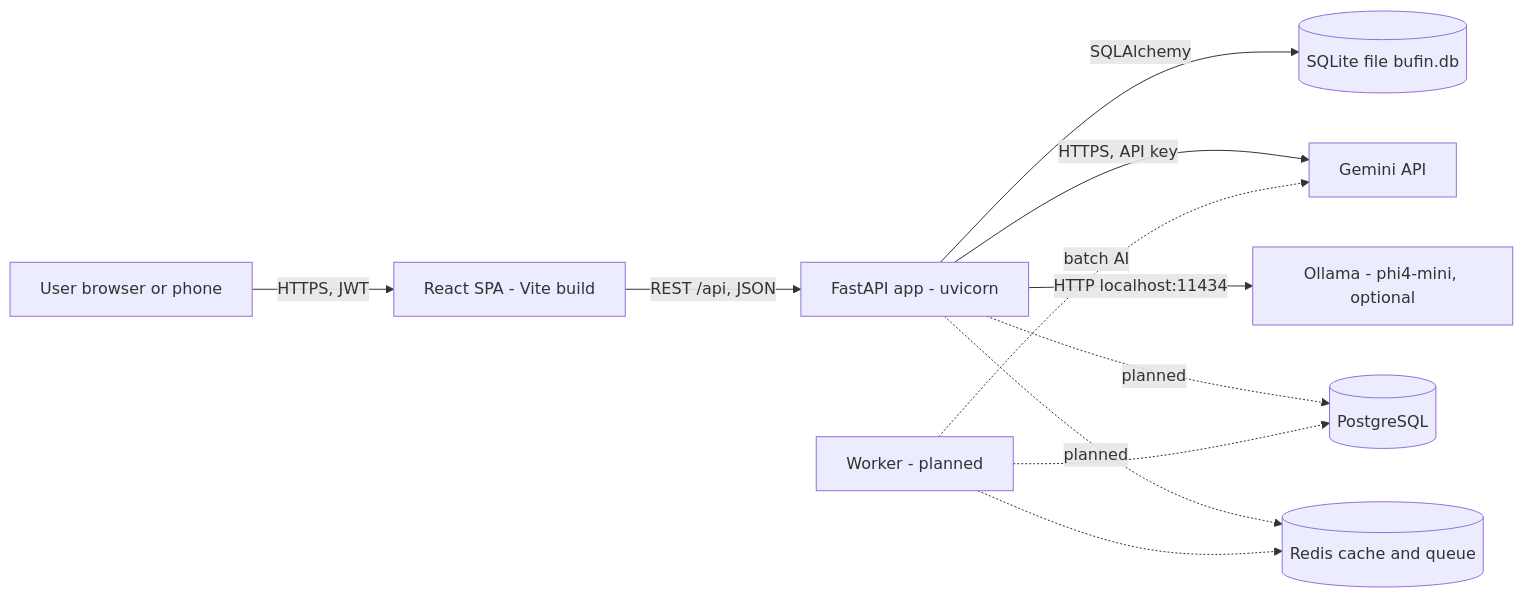
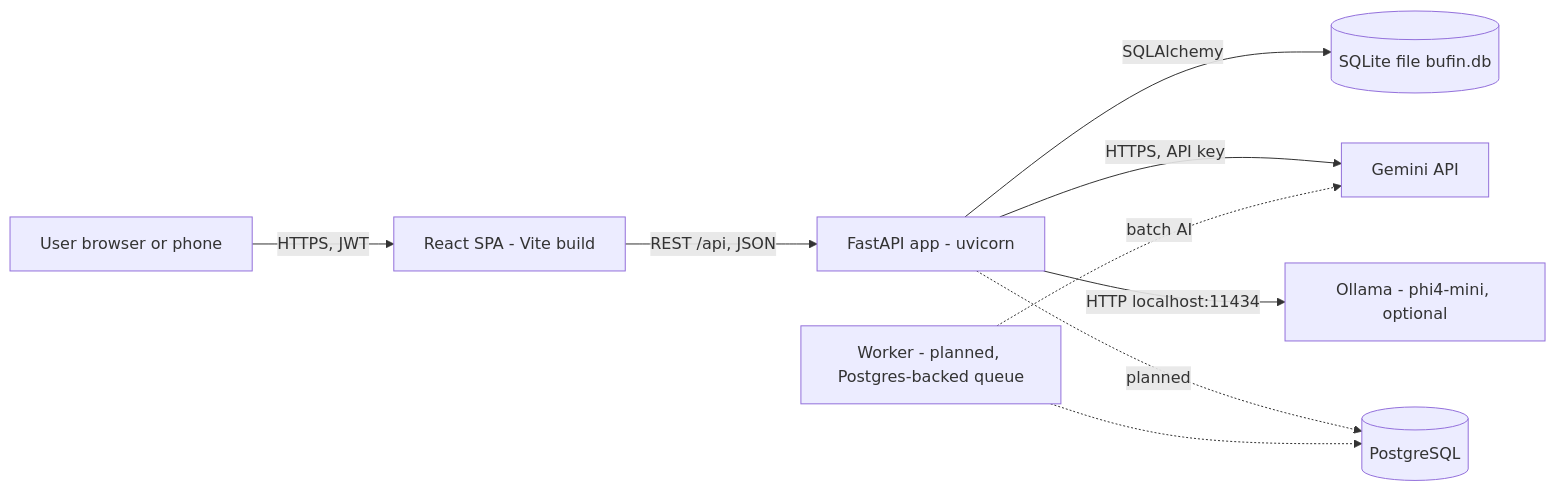
Before and after one commit to anubhab-m02/BuFin: the first of 4 diagrams in docs/architecture/HLD.md, drawn with Mermaid. The commit also changed other lines of this file and 3 other files, not shown here.

Commit message:
docs: correct the HLD/LLD/roadmap statements the baseline review disproved, add ADR amendments (#165)

````diff
--- a/docs/architecture/HLD.md
+++ b/docs/architecture/HLD.md
@@ -13,13 +13,11 @@
 ```mermaid
 flowchart LR
     U[User browser or phone] -->|HTTPS, JWT| SPA[React SPA - Vite build]
     SPA -->|REST /api, JSON| API[FastAPI app - uvicorn]
     API -->|SQLAlchemy| DB[(SQLite file bufin.db)]
     API -->|HTTPS, API key| GEM[Gemini API]
     API -->|HTTP localhost:11434| OLL[Ollama - phi4-mini, optional]
     API -.->|planned| PG[(PostgreSQL)]
-    API -.->|planned| RDS[(Redis cache and queue)]
-    WRK[Worker - planned] -.-> PG
-    WRK -.-> RDS
+    WRK[Worker - planned, Postgres-backed queue] -.-> PG
     WRK -.->|batch AI| GEM
 ```
````
